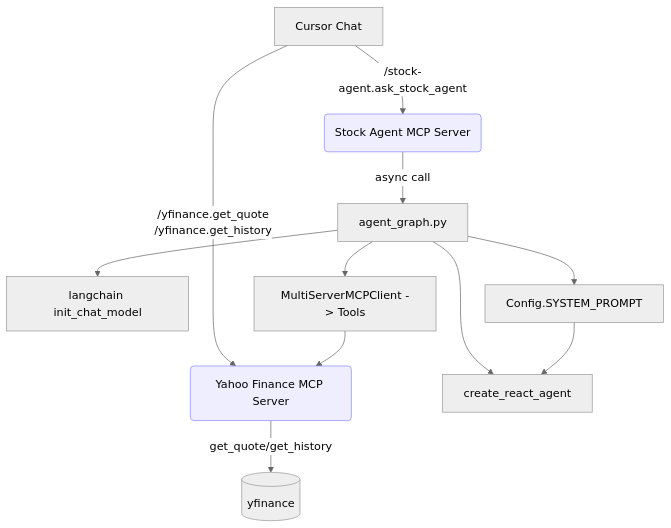
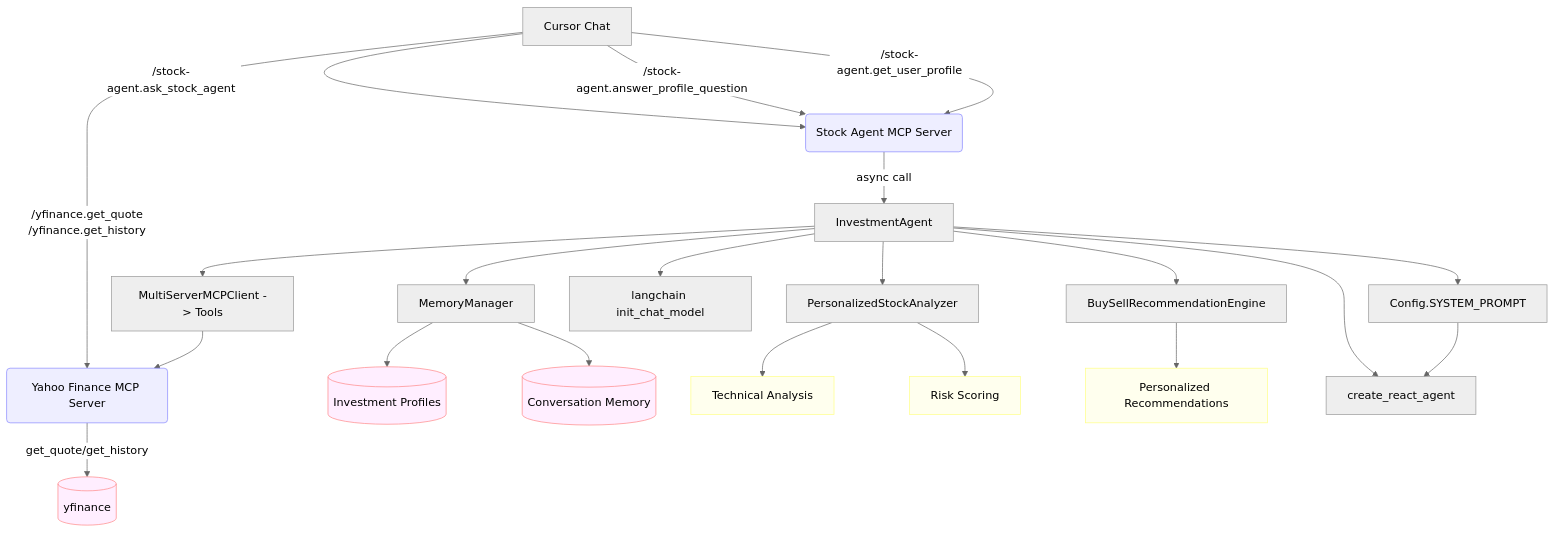
One commit to ch200203/Devocean-OpenLab-MCP changed the diagram in mcp-yfinance-agent/mcp-yfinance-agent/README.md. Above: the diagram before and after it, drawn with Mermaid (neutral theme). The commit also changed other lines of this file and 11 other files, not shown here.

````diff
--- a/mcp-yfinance-agent/mcp-yfinance-agent/README.md
+++ b/mcp-yfinance-agent/mcp-yfinance-agent/README.md
@@ -114,15 +167,36 @@
 ```mermaid
 flowchart TD
   A[Cursor Chat] -->|/stock-agent.ask_stock_agent| B(Stock Agent MCP Server):::mcp
+  A -->|/stock-agent.answer_profile_question| B
+  A -->|/stock-agent.get_user_profile| B
   A -->|/yfinance.get_quote\n/yfinance.get_history| C(Yahoo Finance MCP Server):::mcp
-  B -->|async call| D[agent_graph.py]
-  D --> E[langchain init_chat_model]
-  D --> F[create_react_agent]
-  D --> G[MultiServerMCPClient -> Tools]
-  G --> C
-  C -->|get_quote/get_history| H[(yfinance)]
-  D --> I[Config.SYSTEM_PROMPT]
-  I --> F
+  
+  B -->|async call| D[InvestmentAgent]
+  D --> E[MemoryManager]
+  D --> F[PersonalizedStockAnalyzer]
+  D --> G[BuySellRecommendationEngine]
+  
+  E --> H[(Investment Profiles)]
+  E --> I[(Conversation Memory)]
+  
+  F --> J[Technical Analysis]
+  F --> K[Risk Scoring]
+  
+  G --> L[Personalized Recommendations]
+  
+  D --> M[langchain init_chat_model]
+  D --> N[create_react_agent]
+  D --> O[MultiServerMCPClient -> Tools]
+  O --> C
+  C -->|get_quote/get_history| P[(yfinance)]
+  
+  D --> Q[Config.SYSTEM_PROMPT]
+  Q --> N
 
   classDef mcp fill:#eef,stroke:#88f,stroke-width:1px;
+  classDef storage fill:#fef,stroke:#f88,stroke-width:1px;
+  classDef analysis fill:#ffe,stroke:#ff8,stroke-width:1px;
+  
+  class H,I,P storage;
+  class J,K,L analysis;
 ```
````
